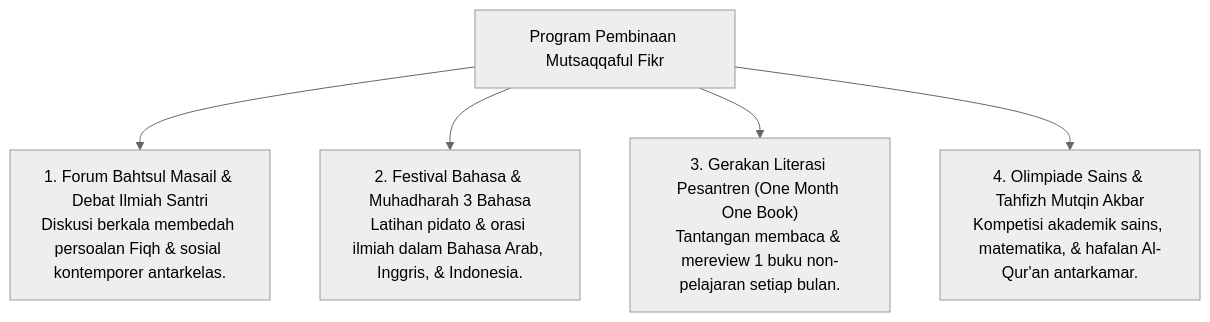
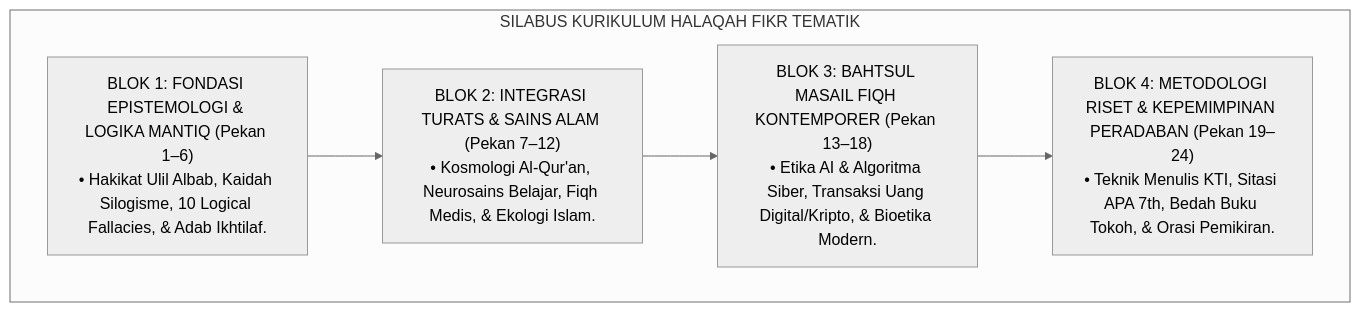
The sixth of 8 diagrams in 03 Capacity Framework/08 Mutsaqqaful Fikr/P3-08-11-Program-Pembinaan-dan-Halaqah.md (wandiapriliyandi/tumbuh), drawn with Mermaid (neutral theme) before and after one commit. The commit also changed other lines of this file and 14 other files, not shown here.

Commit message:
docs(03-capacity): complete 15 research monographs for 08 Mutsaqqaful Fikr

````diff
--- a/03 Capacity Framework/08 Mutsaqqaful Fikr/P3-08-11-Program-Pembinaan-dan-Halaqah.md
+++ b/03 Capacity Framework/08 Mutsaqqaful Fikr/P3-08-11-Program-Pembinaan-dan-Halaqah.md
@@ -10,9 +166,14 @@
 ```mermaid
-graph TD
-    Program["Program Pembinaan Mutsaqqaful Fikr"]
-    
-    Program --> P1["1. Forum Bahtsul Masail & Debat Ilmiah Santri<br/>Diskusi berkala membedah persoalan Fiqh & sosial kontemporer antarkelas."]
-    Program --> P2["2. Festival Bahasa & Muhadharah 3 Bahasa<br/>Latihan pidato & orasi ilmiah dalam Bahasa Arab, Inggris, & Indonesia."]
-    Program --> P3["3. Gerakan Literasi Pesantren (One Month One Book)<br/>Tantangan membaca & mereview 1 buku non-pelajaran setiap bulan."]
-    Program --> P4["4. Olimpiade Sains & Tahfizh Mutqin Akbar<br/>Kompetisi akademik sains, matematika, & hafalan Al-Qur'an antarkamar."]
+flowchart TD
+    subgraph SilabusHalaqah24Pekan["SILABUS KURIKULUM HALAQAH FIKR TEMATIK"]
+        Blok1["BLOK 1: FONDASI EPISTEMOLOGI & LOGIKA MANTIQ (Pekan 1–6)<br/>• Hakikat Ulil Albab, Kaidah Silogisme, 10 Logical Fallacies, & Adab Ikhtilaf."]
+        
+        Blok2["BLOK 2: INTEGRASI TURATS & SAINS ALAM (Pekan 7–12)<br/>• Kosmologi Al-Qur'an, Neurosains Belajar, Fiqh Medis, & Ekologi Islam."]
+        
+        Blok3["BLOK 3: BAHTSUL MASAIL FIQH KONTEMPORER (Pekan 13–18)<br/>• Etika AI & Algoritma Siber, Transaksi Uang Digital/Kripto, & Bioetika Modern."]
+        
+        Blok4["BLOK 4: METODOLOGI RISET & KEPEMIMPINAN PERADABAN (Pekan 19–24)<br/>• Teknik Menulis KTI, Sitasi APA 7th, Bedah Buku Tokoh, & Orasi Pemikiran."]
+        
+        Blok1 --> Blok2 --> Blok3 --> Blok4
+    end
 ```
````
